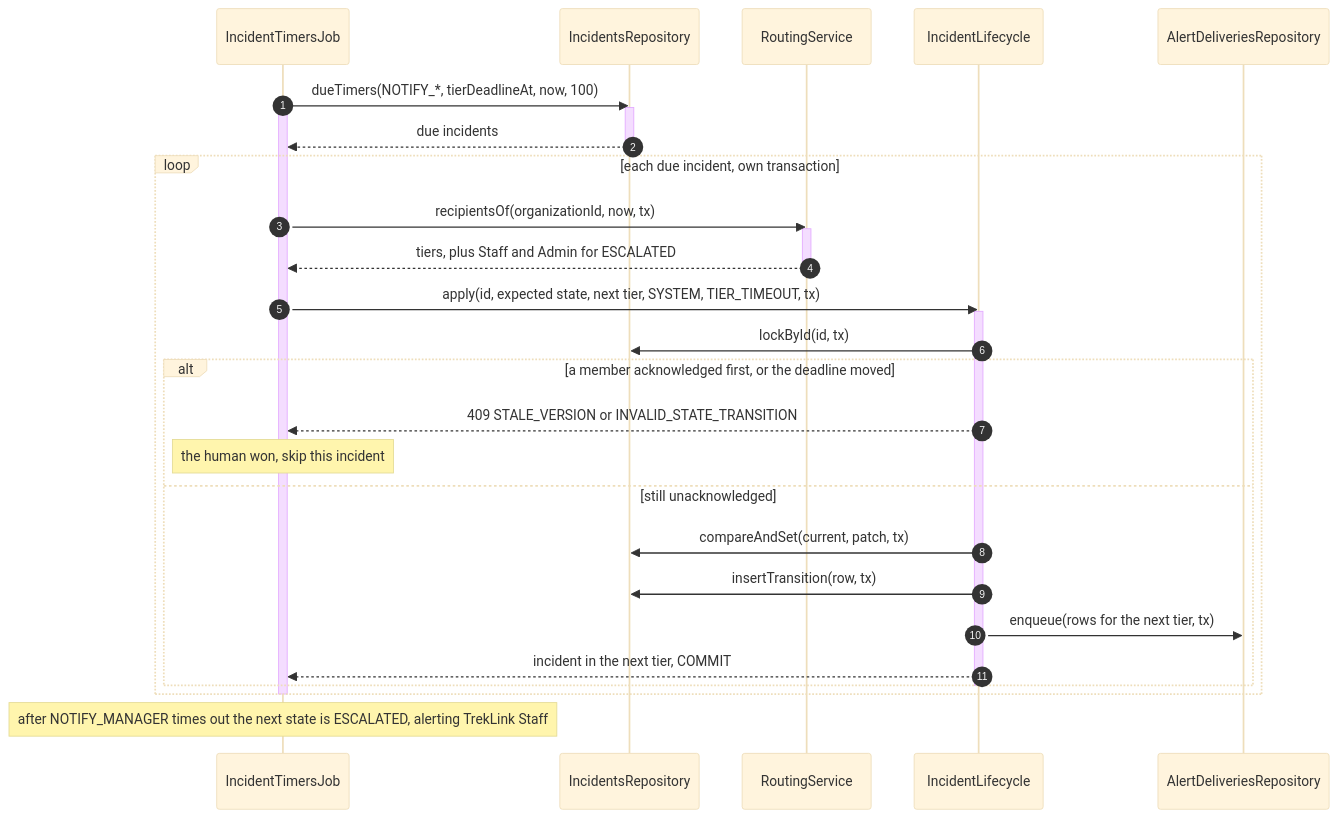
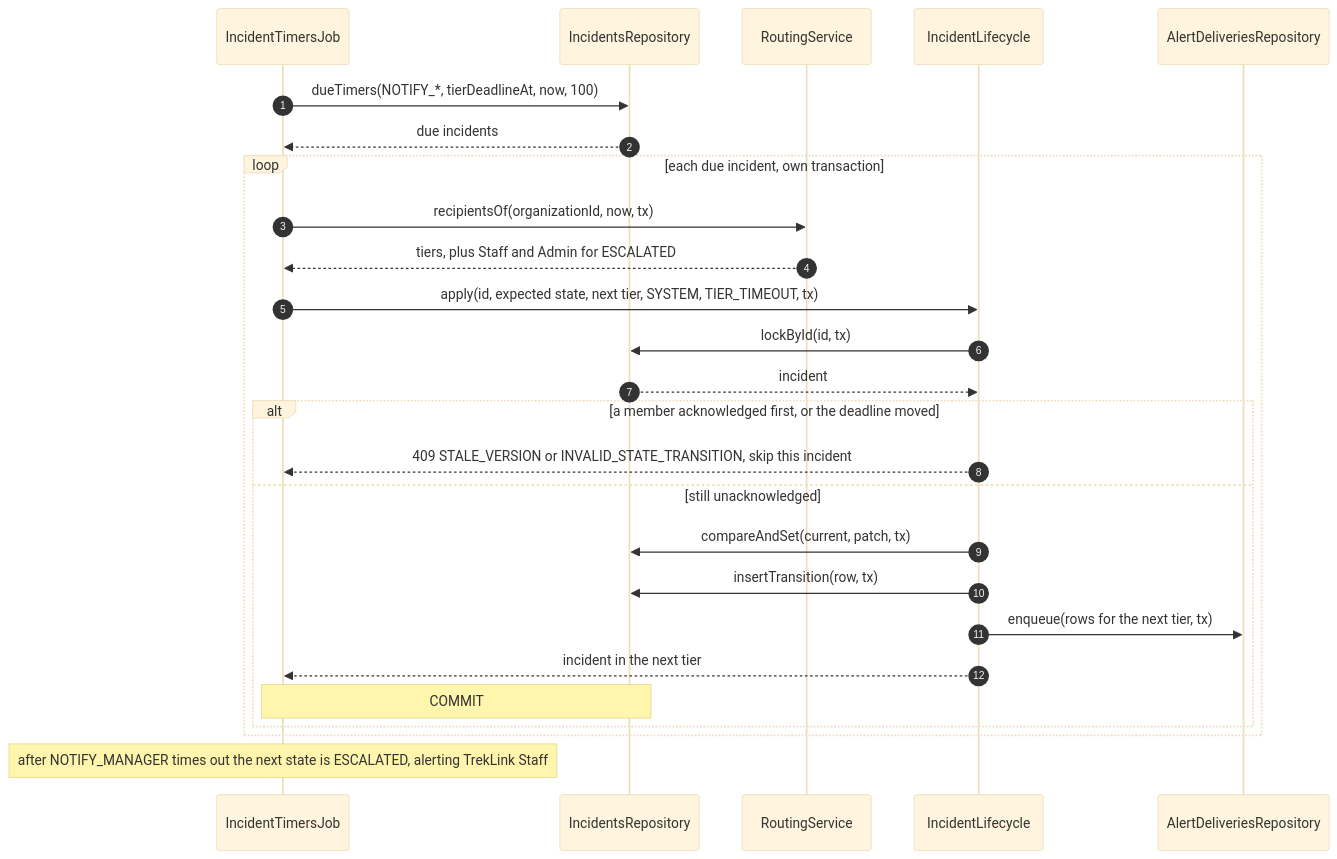
Before and after one commit to TrekLink-Team/treklink-web: the seventh of 10 diagrams in specs/incidents/design.md, drawn with Mermaid (base theme). The commit also changed other lines of this file and 8 other files, not shown here.

First line of the commit message:
docs: keep one alt and no activation lines in the incidents sequences

````diff
--- a/specs/incidents/design.md
+++ b/specs/incidents/design.md
@@ -486,35 +444,28 @@
 ```mermaid
 sequenceDiagram
     autonumber
     participant J as IncidentTimersJob
     participant R as IncidentsRepository
     participant Ro as RoutingService
     participant L as IncidentLifecycle
     participant Ob as AlertDeliveriesRepository
     J->>R: dueTimers(NOTIFY_*, tierDeadlineAt, now, 100)
-    activate J
-    activate R
     R-->>J: due incidents
-    deactivate R
     loop each due incident, own transaction
         J->>Ro: recipientsOf(organizationId, now, tx)
-        activate Ro
         Ro-->>J: tiers, plus Staff and Admin for ESCALATED
-        deactivate Ro
         J->>L: apply(id, expected state, next tier, SYSTEM, TIER_TIMEOUT, tx)
-        activate L
         L->>R: lockById(id, tx)
+        R-->>L: incident
         alt a member acknowledged first, or the deadline moved
-            L-->>J: 409 STALE_VERSION or INVALID_STATE_TRANSITION
-            Note over J: the human won, skip this incident
+            L-->>J: 409 STALE_VERSION or INVALID_STATE_TRANSITION, skip this incident
         else still unacknowledged
             L->>R: compareAndSet(current, patch, tx)
             L->>R: insertTransition(row, tx)
             L->>Ob: enqueue(rows for the next tier, tx)
-            L-->>J: incident in the next tier, COMMIT
+            L-->>J: incident in the next tier
+            Note over J,R: COMMIT
         end
-        deactivate L
     end
-    deactivate J
     Note over J: after NOTIFY_MANAGER times out the next state is ESCALATED, alerting TrekLink Staff
 ```
````
